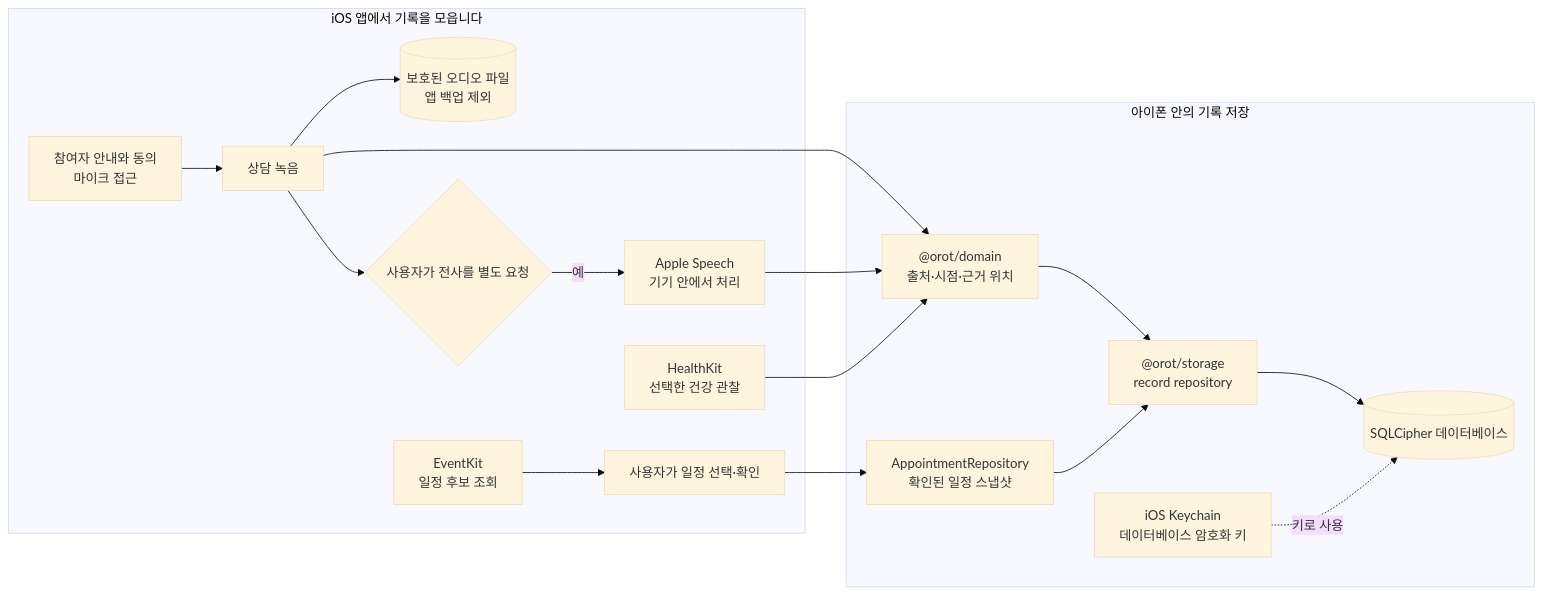
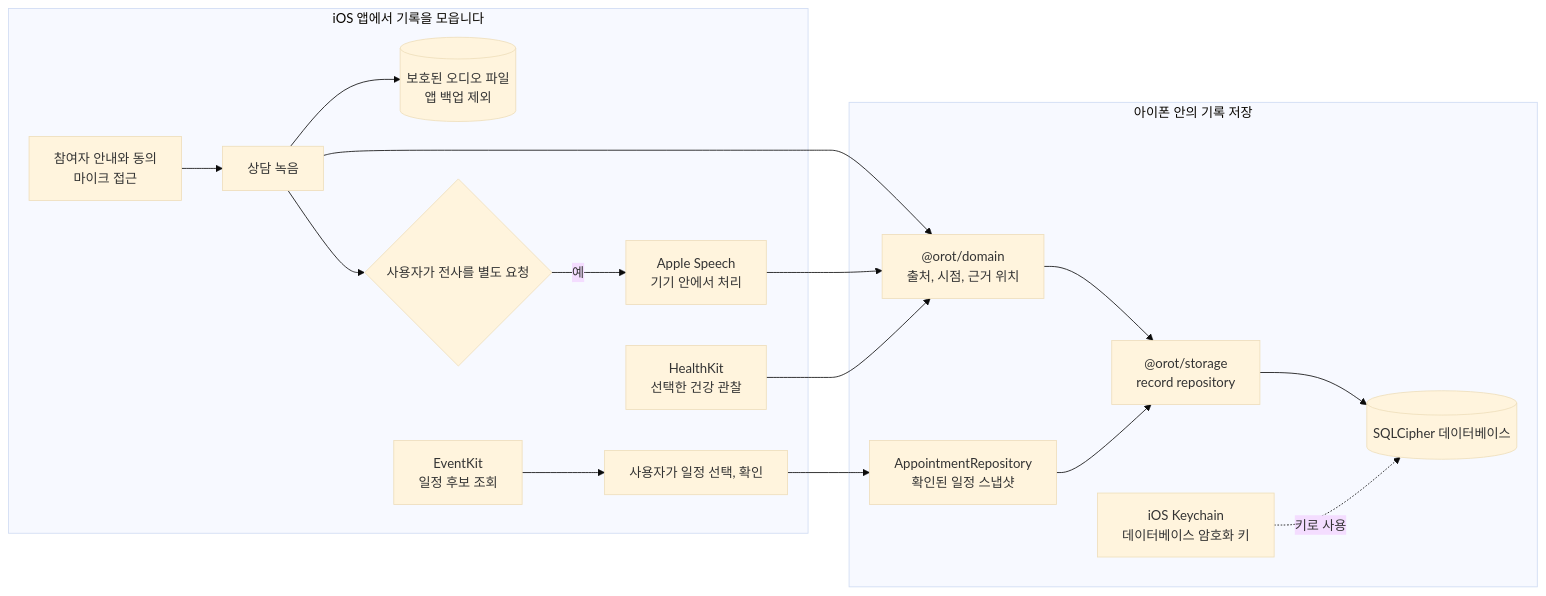
Before and after one commit to eunsoogi/orot: the second of 6 diagrams in docs/architecture.md, drawn with Mermaid (base theme). The commit also changed other lines of this file and 3 other files, not shown here.

Commit message:
docs(readme): align features and architecture introduction

````diff
--- a/docs/architecture.md
+++ b/docs/architecture.md
@@ -65,32 +68,32 @@
 ```mermaid
 flowchart LR
   subgraph capture["iOS 앱에서 기록을 모읍니다"]
     consent["참여자 안내와 동의<br/>마이크 접근"]
     recording["상담 녹음"]
     audio[("보호된 오디오 파일<br/>앱 백업 제외")]
     transcribe{"사용자가 전사를 별도 요청"}
     speech["Apple Speech<br/>기기 안에서 처리"]
     health["HealthKit<br/>선택한 건강 관찰"]
     eventkit["EventKit<br/>일정 후보 조회"]
-    selectEvent["사용자가 일정 선택·확인"]
+    selectEvent["사용자가 일정 선택, 확인"]
   end
 
   subgraph local["아이폰 안의 기록 저장"]
-    source["@orot/domain<br/>출처·시점·근거 위치"]
+    source["@orot/domain<br/>출처, 시점, 근거 위치"]
     appointment["AppointmentRepository<br/>확인된 일정 스냅샷"]
     records["@orot/storage<br/>record repository"]
     db[("SQLCipher 데이터베이스")]
     key["iOS Keychain<br/>데이터베이스 암호화 키"]
   end
 
   consent --> recording --> audio
   recording --> source
   recording --> transcribe
   transcribe -->|"예"| speech --> source
   health --> source
   eventkit --> selectEvent --> appointment
   source --> records
   appointment --> records
   records --> db
   key -. "키로 사용" .-> db
 ```
````
